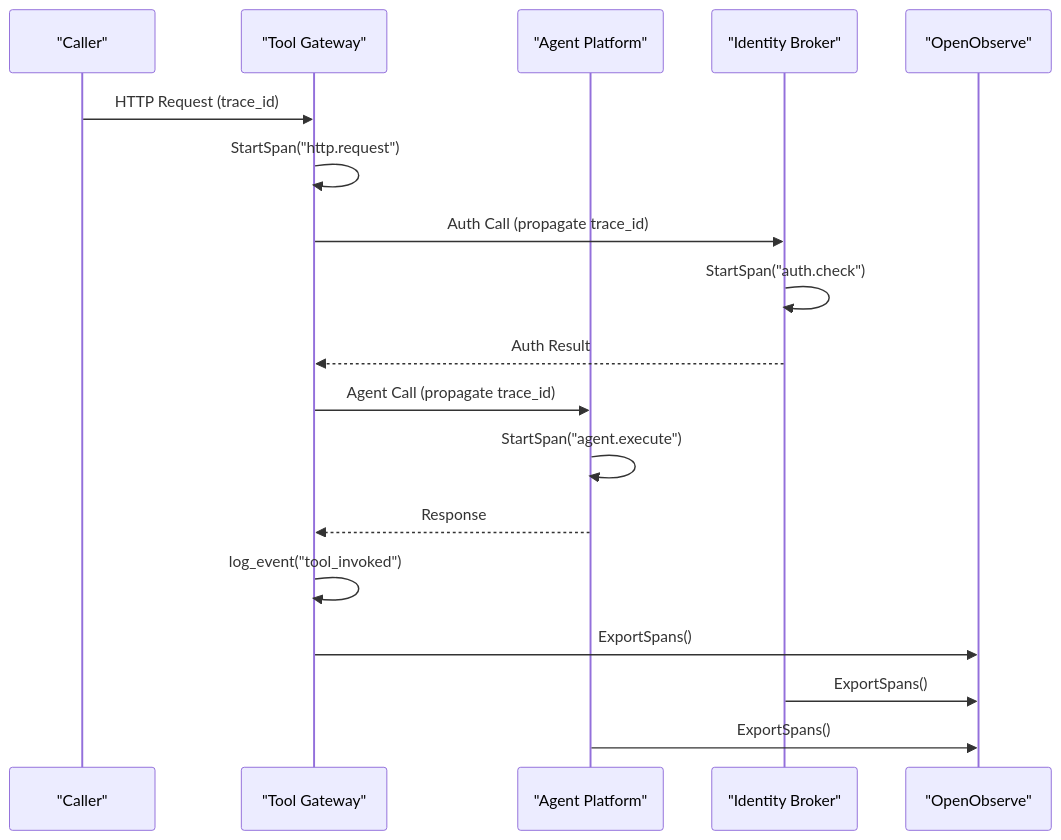
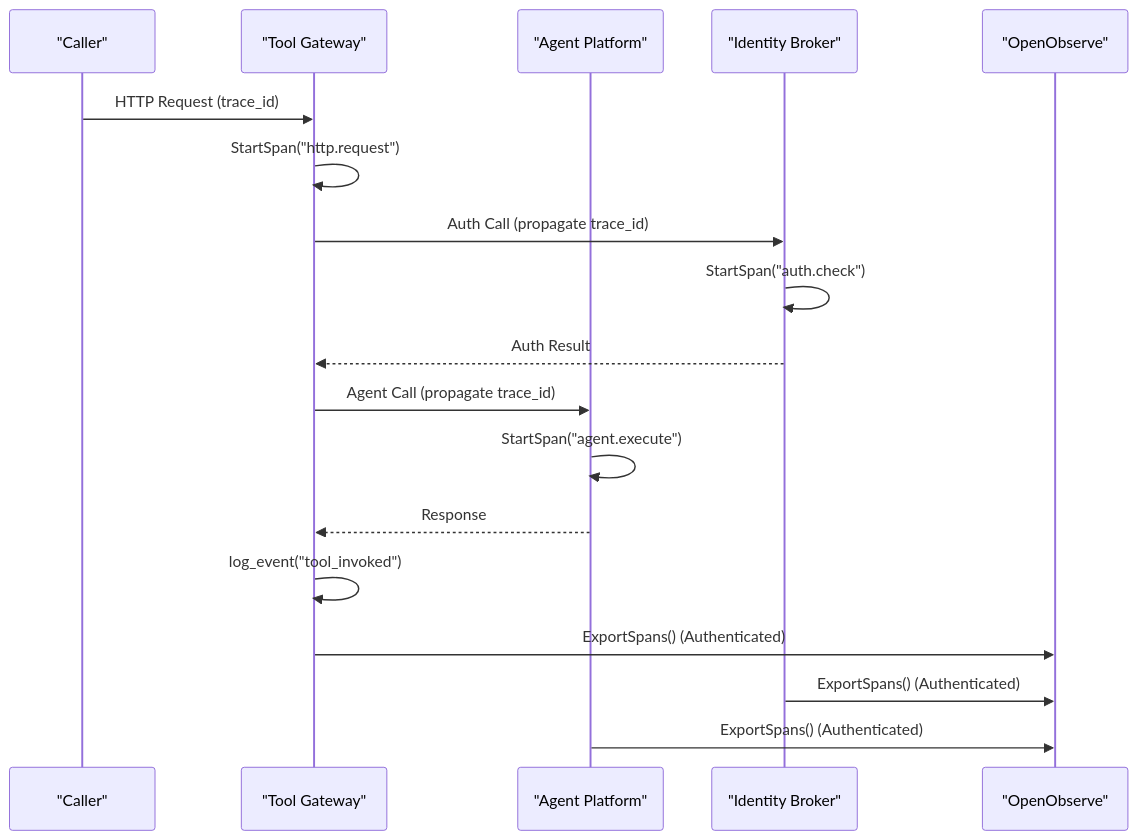
One commit to metasync/luban-aiops changed the seventh of 11 diagrams in .qoder/repowiki/en/content/Monitoring and Observability/Monitoring and Observability.md. Above: the diagram before and after it, drawn with Mermaid. The commit also changed other lines of this file and 4 other files, not shown here.

````diff
--- a/.qoder/repowiki/en/content/Monitoring and Observability/Monitoring and Observability.md
+++ b/.qoder/repowiki/en/content/Monitoring and Observability/Monitoring and Observability.md
@@ -344,20 +394,20 @@
 ```mermaid
 sequenceDiagram
 participant Caller as "Caller"
 participant Gateway as "Tool Gateway"
 participant Agent as "Agent Platform"
 participant Identity as "Identity Broker"
 participant OpenObserve as "OpenObserve"
 Caller->>Gateway : HTTP Request (trace_id)
 Gateway->>Gateway : StartSpan("http.request")
 Gateway->>Identity : Auth Call (propagate trace_id)
 Identity->>Identity : StartSpan("auth.check")
 Identity-->>Gateway : Auth Result
 Gateway->>Agent : Agent Call (propagate trace_id)
 Agent->>Agent : StartSpan("agent.execute")
 Agent-->>Gateway : Response
 Gateway->>Gateway : log_event("tool_invoked")
-Gateway->>OpenObserve : ExportSpans()
-Identity->>OpenObserve : ExportSpans()
-Agent->>OpenObserve : ExportSpans()
+Gateway->>OpenObserve : ExportSpans() (Authenticated)
+Identity->>OpenObserve : ExportSpans() (Authenticated)
+Agent->>OpenObserve : ExportSpans() (Authenticated)
 ```
````
